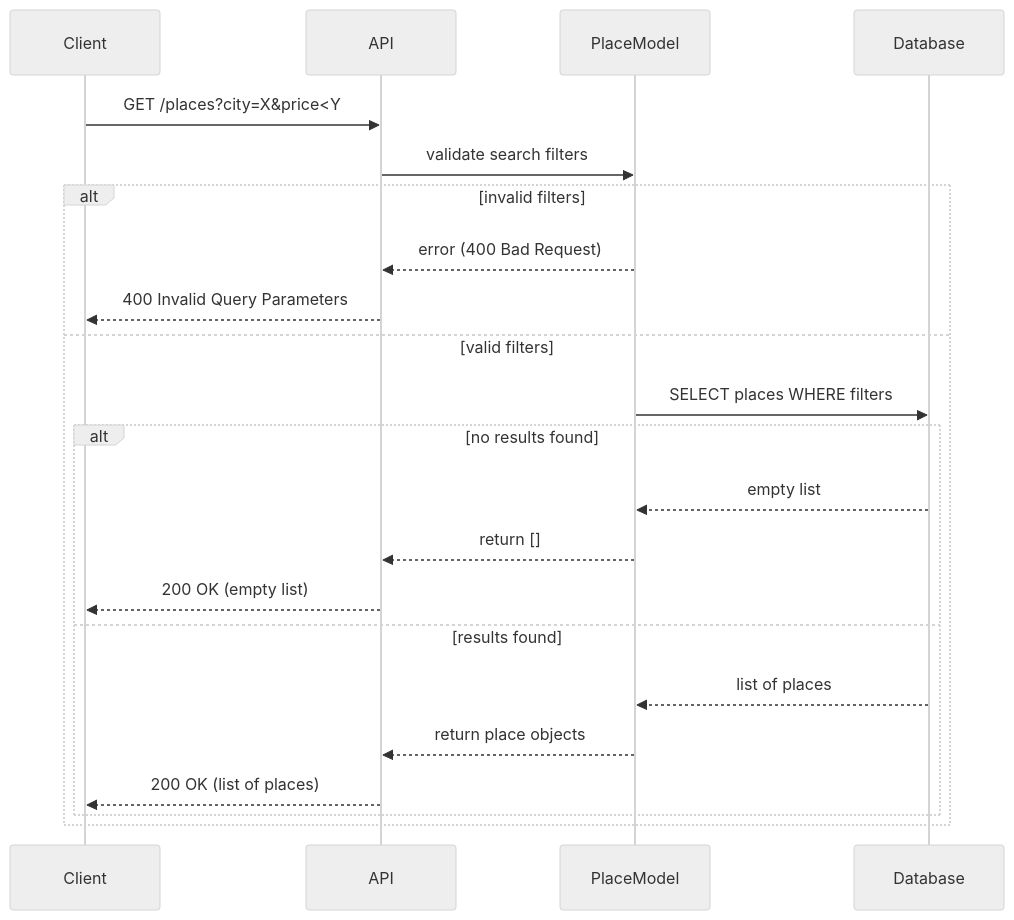
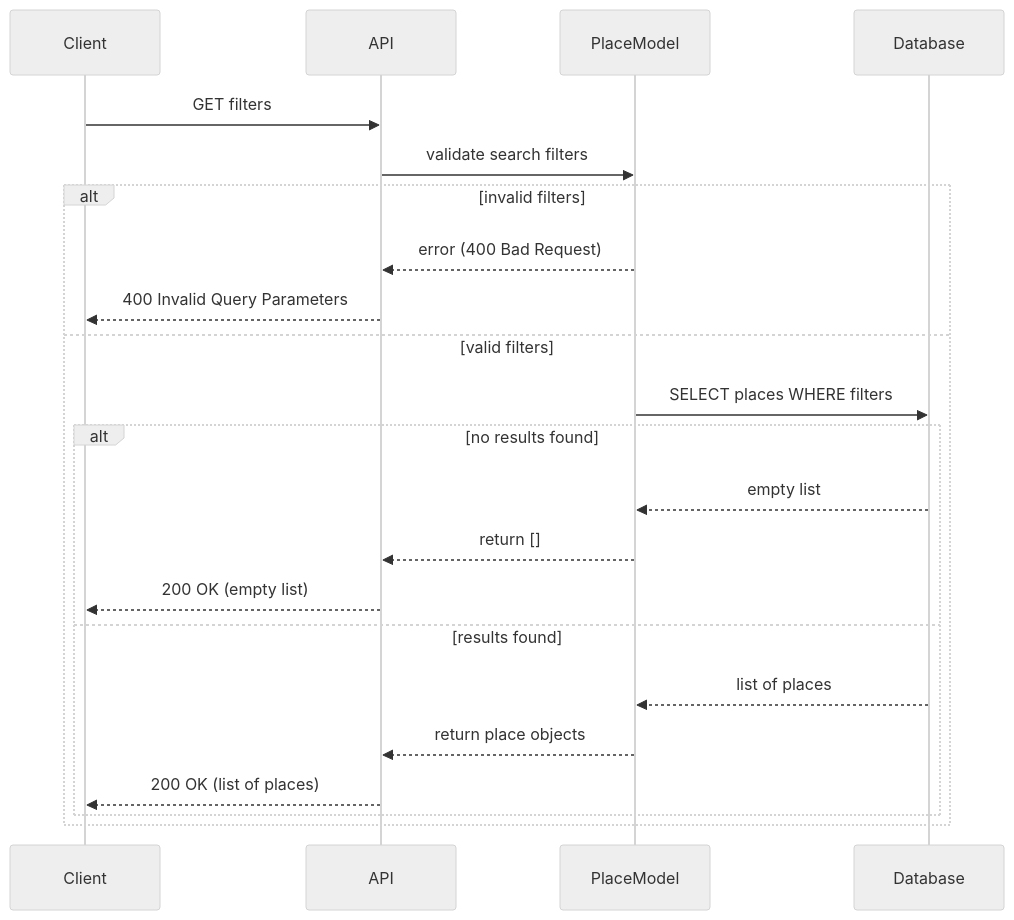
Before and after one commit to Krapaud/holbertonschool-hbnb: the diagram in part1/sequence_api_call_request_list.mmd, drawn with Mermaid (neutral theme). The commit also changed 2 other files, not shown here.

```diff
--- a/part1/sequence_api_call_request_list.mmd
+++ b/part1/sequence_api_call_request_list.mmd
@@ -1,23 +1,23 @@
 sequenceDiagram
 participant Client
 participant API
 participant PlaceModel
 participant Database
 
-Client->>API: GET /places?city=X&price<Y
+Client->>API: GET filters
 API->>PlaceModel: validate search filters
 alt invalid filters
     PlaceModel-->>API: error (400 Bad Request)
     API-->>Client: 400 Invalid Query Parameters
 else valid filters
     PlaceModel->>Database: SELECT places WHERE filters
     alt no results found
         Database-->>PlaceModel: empty list
         PlaceModel-->>API: return []
         API-->>Client: 200 OK (empty list)
     else results found
         Database-->>PlaceModel: list of places
         PlaceModel-->>API: return place objects
         API-->>Client: 200 OK (list of places)
     end
 end
```
